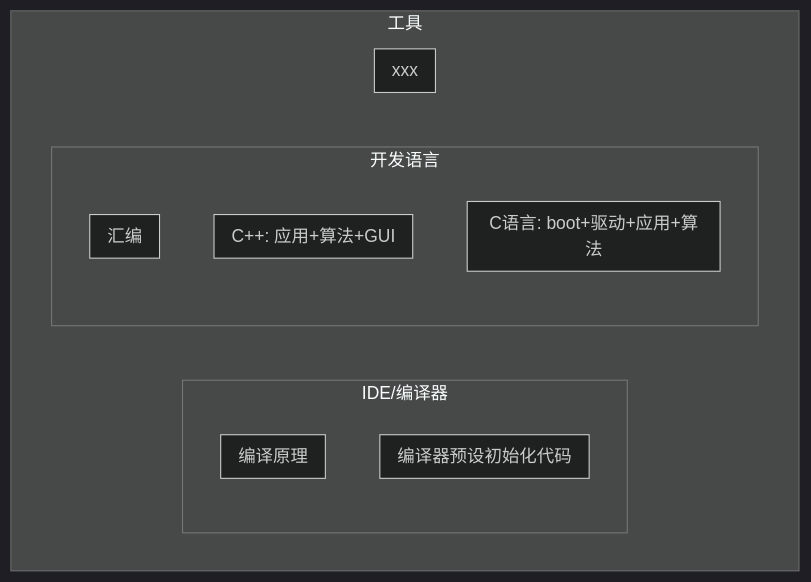
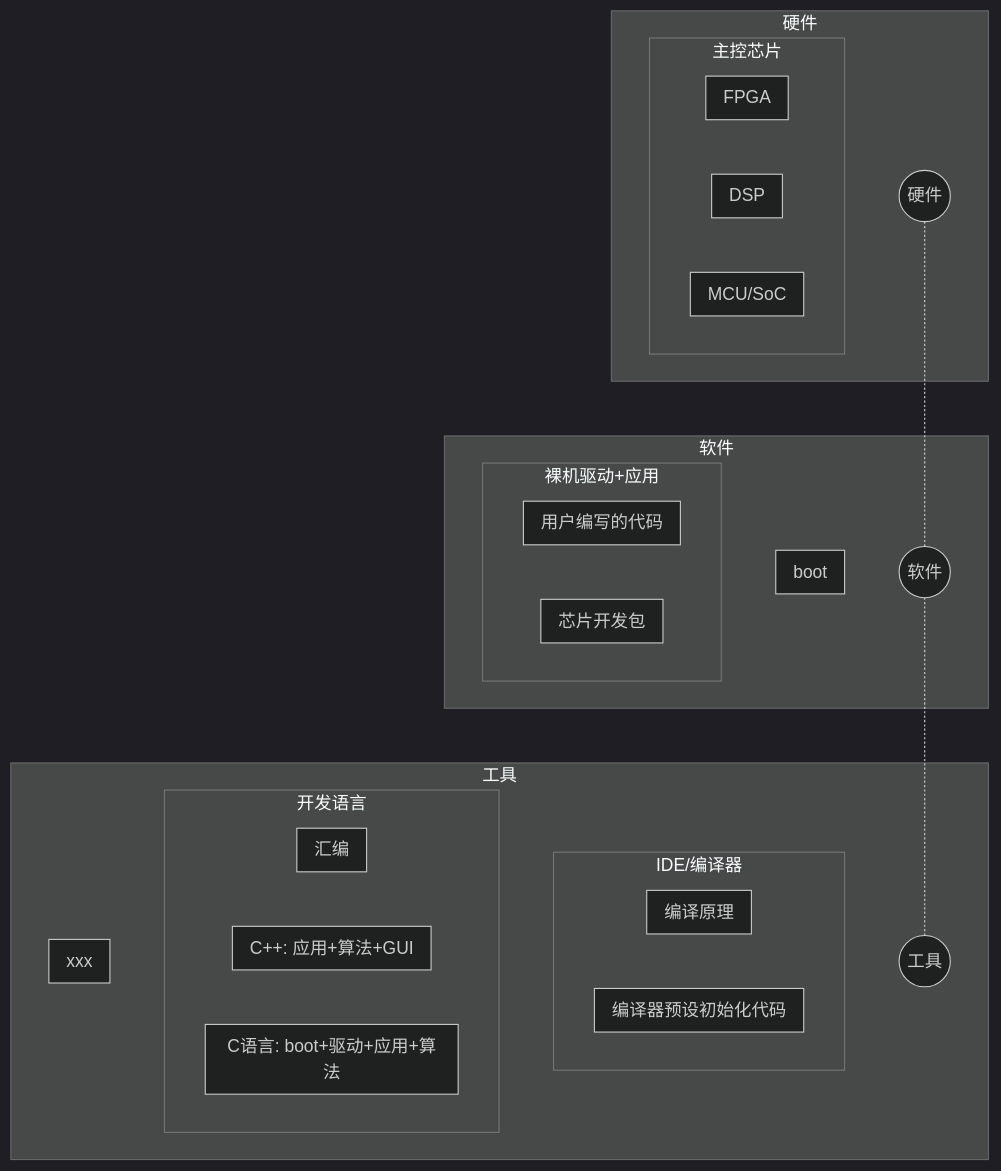
Before and after one commit to xuan07472/embedded-knowledge-wiki: the diagram in readme.md, drawn with Mermaid (dark theme).

Commit message:
[MODIFY] 修改嵌入式框图

````diff
--- a/readme.md
+++ b/readme.md
@@ -49,27 +19,60 @@
 ```mermaid
 graph TB
+subgraph 硬件
+	A((硬件))
+    subgraph 主控芯片
+        subgraph MCU/SoC
+        end
+
+        subgraph DSP
+        end
+
+        subgraph FPGA
+        end
+    end
+end
+
+subgraph 软件
+	B((软件))
+    subgraph boot
+    end
+
+    subgraph 裸机驱动+应用
+        subgraph 芯片开发包
+        end
+
+        subgraph 用户编写的代码
+        end
+    end
+end
 
 subgraph 工具
 	subgraph IDE/编译器
 		subgraph 编译器预设初始化代码
 		end
 		
 		subgraph 编译原理
 		end
 	end
 	
-	subgraph 开发语言
+	C((工具))
+            
+    subgraph 开发语言
 		subgraph C语言: boot+驱动+应用+算法
 		end
 	
 		subgraph C++: 应用+算法+GUI
 		end
 		
 		subgraph 汇编
 		end
 	end
 	
 	subgraph xxx
 	end
+
 end
+
+A((硬件))-.-B((软件))-.-C((工具))
+
 ```
````
